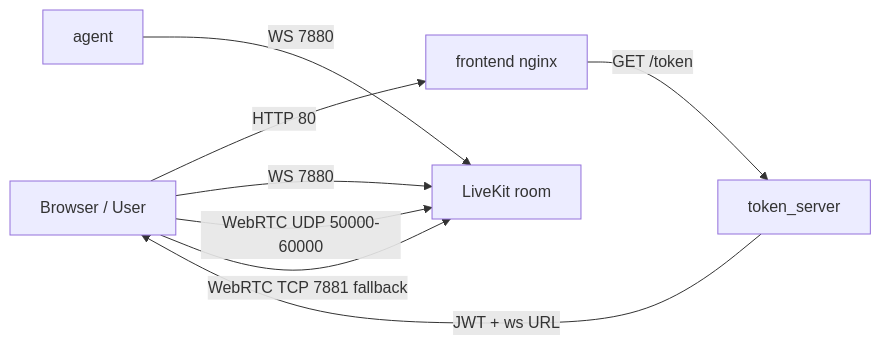
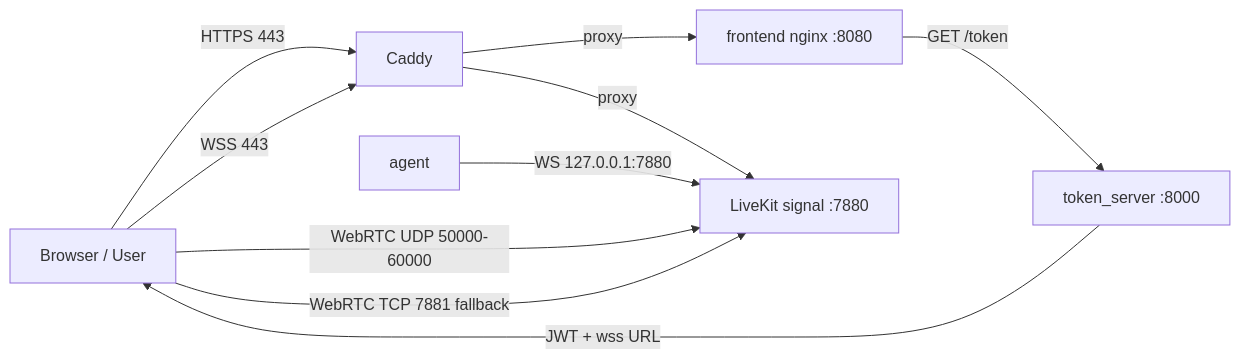
Before and after one commit to vdremine/voicetest: the diagram in README.md, drawn with Mermaid. The commit also changed other lines of this file and 5 other files, not shown here.

````diff
--- a/README.md
+++ b/README.md
@@ -97,10 +96,12 @@
 ```mermaid
 flowchart LR
-    U["Browser / User"] -->|HTTP 80| F["frontend nginx"]
-    F -->|GET /token| T["token_server"]
-    T -->|JWT + ws URL| U
-    U -->|WS 7880| LK["LiveKit room"]
-    A["agent"] -->|WS 7880| LK
+    U["Browser / User"] -->|HTTPS 443| C["Caddy"]
+    C -->|proxy| F["frontend nginx :8080"]
+    F -->|GET /token| T["token_server :8000"]
+    T -->|JWT + wss URL| U
+    U -->|WSS 443| C
+    C -->|proxy| LK["LiveKit signal :7880"]
+    A["agent"] -->|WS 127.0.0.1:7880| LK
     U -->|WebRTC UDP 50000-60000| LK
     U -->|WebRTC TCP 7881 fallback| LK
 ```
````
